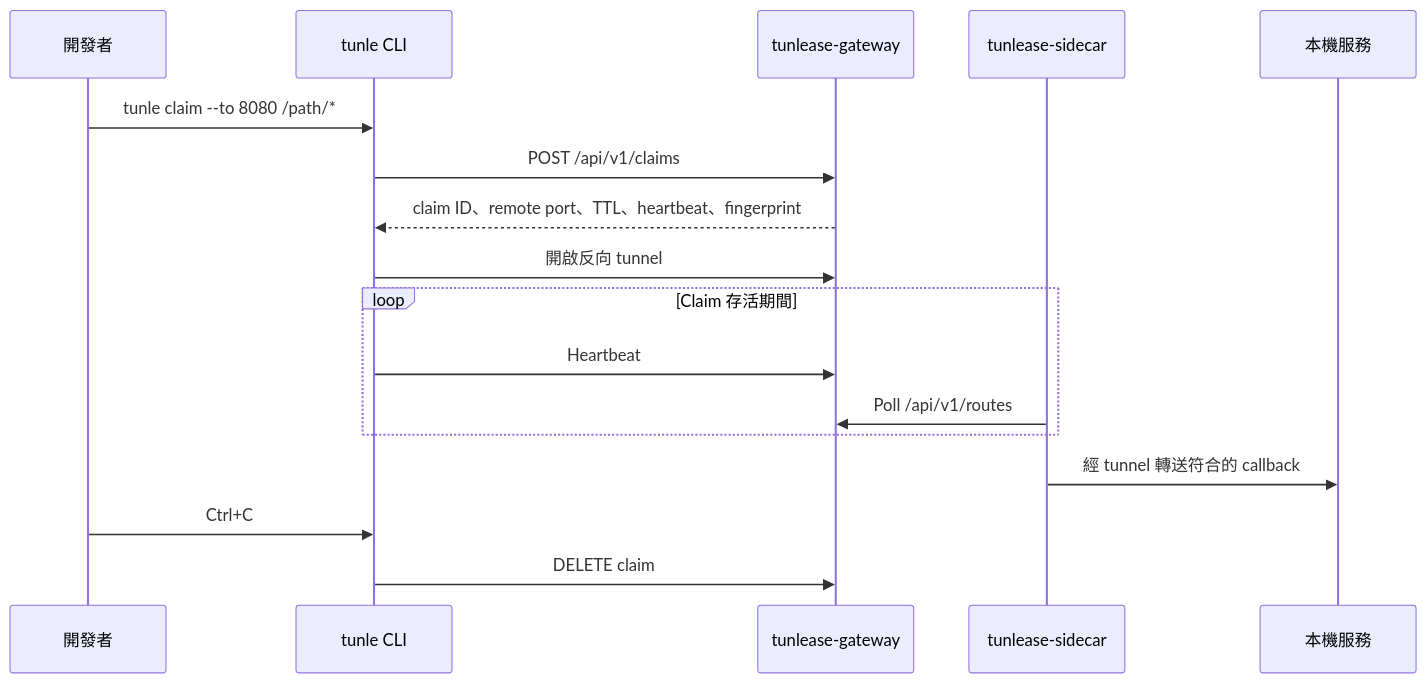
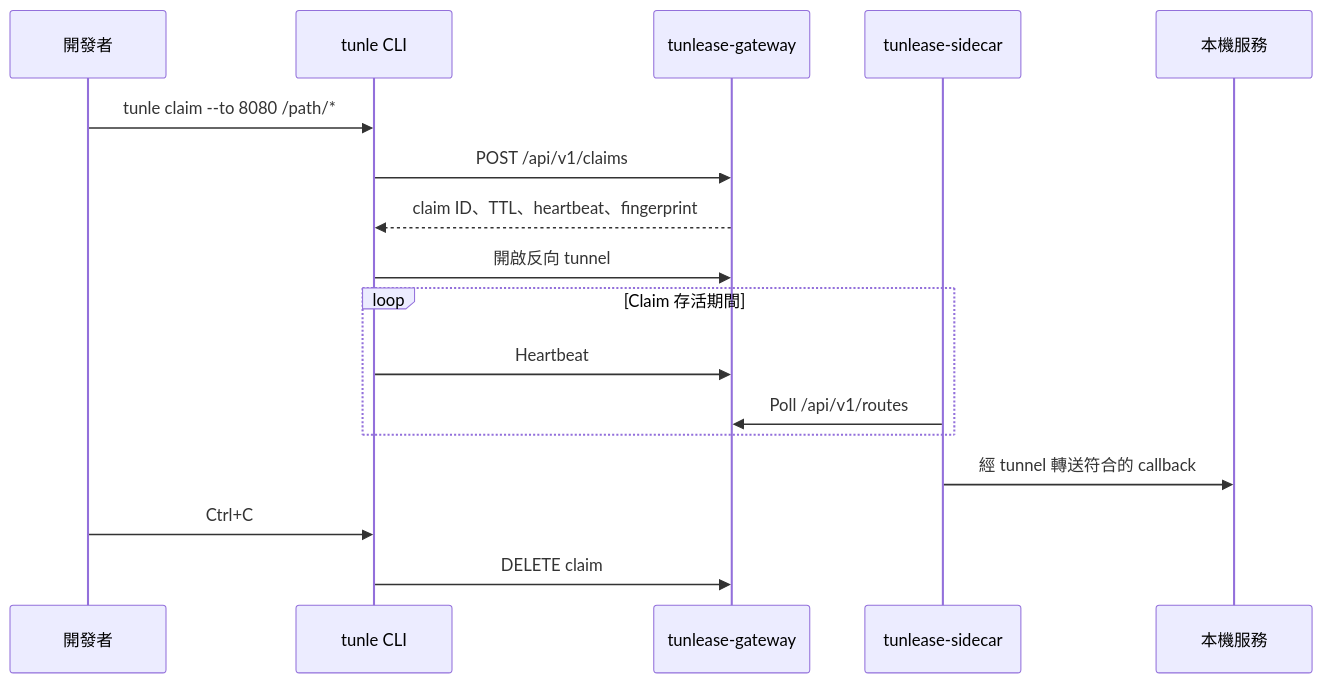
One commit to iml885203/tunlease changed the third of 3 diagrams in docs/architecture.zh-TW.md. Above: the diagram before and after it, drawn with Mermaid. The commit also changed 24 other files, not shown here.

First line of the commit message:
refactor: retire per-claim RemotePort/port_pool, cap by max_claims

````diff
--- a/docs/architecture.zh-TW.md
+++ b/docs/architecture.zh-TW.md
@@ -71,20 +71,20 @@
 ```mermaid
 sequenceDiagram
     participant Dev as 開發者
     participant CLI as tunle CLI
     participant GW as tunlease-gateway
     participant SC as tunlease-sidecar
     participant Local as 本機服務
 
     Dev->>CLI: tunle claim --to 8080 /path/*
     CLI->>GW: POST /api/v1/claims
-    GW-->>CLI: claim ID、remote port、TTL、heartbeat、fingerprint
+    GW-->>CLI: claim ID、TTL、heartbeat、fingerprint
     CLI->>GW: 開啟反向 tunnel
     loop Claim 存活期間
         CLI->>GW: Heartbeat
         SC->>GW: Poll /api/v1/routes
     end
     SC->>Local: 經 tunnel 轉送符合的 callback
     Dev->>CLI: Ctrl+C
     CLI->>GW: DELETE claim
 ```
````
